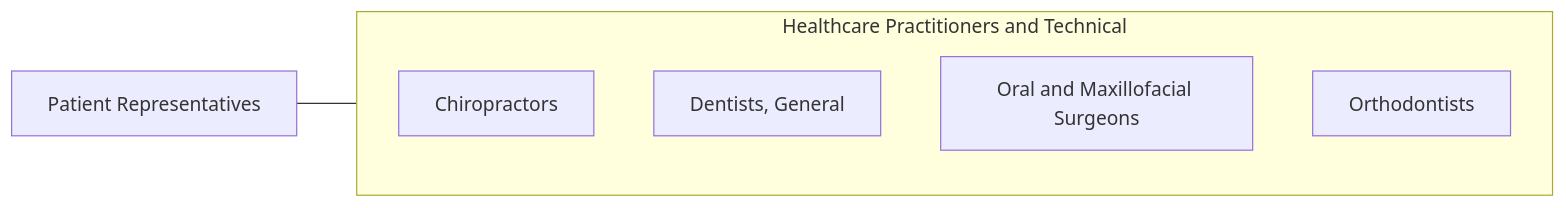
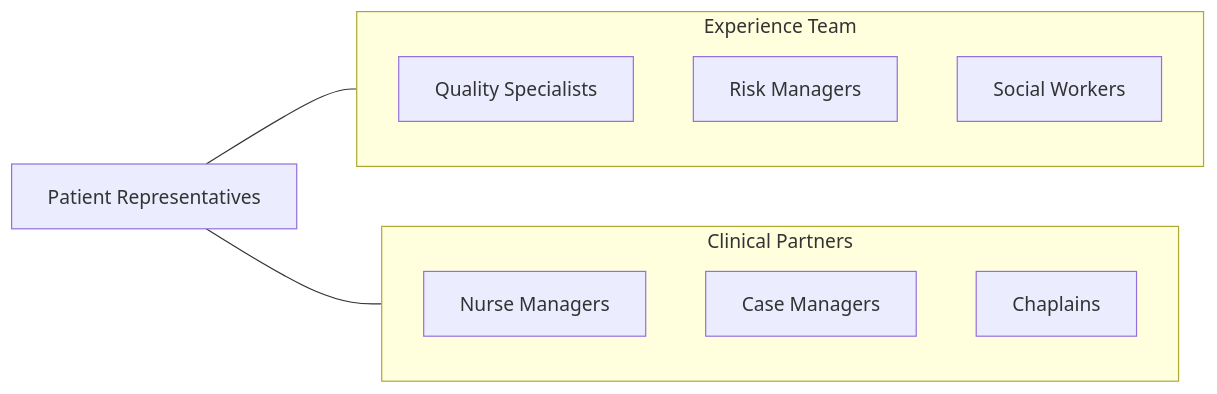
The fourth of 4 diagrams in occupations/HealthcarePractitioners/PatientRepresentatives.mdx (kziemski/business.org.ai), drawn with Mermaid before and after one commit. The commit also changed other lines of this file and 938 other files, not shown here.

````diff
--- a/occupations/HealthcarePractitioners/PatientRepresentatives.mdx
+++ b/occupations/HealthcarePractitioners/PatientRepresentatives.mdx
@@ -112,13 +167,19 @@
 ```mermaid
 graph LR
     Current["Patient Representatives"]
 
-    subgraph SameCategory["Healthcare Practitioners and Technical"]
-        Chiropractors["Chiropractors"]
-        DentistsGeneral["Dentists, General"]
-        OralAndMaxillofacial["Oral and Maxillofacial Surgeons"]
-        Orthodontists["Orthodontists"]
+    subgraph ExperienceTeam["Experience Team"]
+        QualitySpec["Quality Specialists"]
+        RiskMgrs["Risk Managers"]
+        SocialWorkers["Social Workers"]
     end
 
-    Current --- SameCategory
+    subgraph Clinical["Clinical Partners"]
+        Nurses["Nurse Managers"]
+        CaseManagers["Case Managers"]
+        Chaplains["Chaplains"]
+    end
+
+    Current --- ExperienceTeam
+    Current --- Clinical
 ```
````
